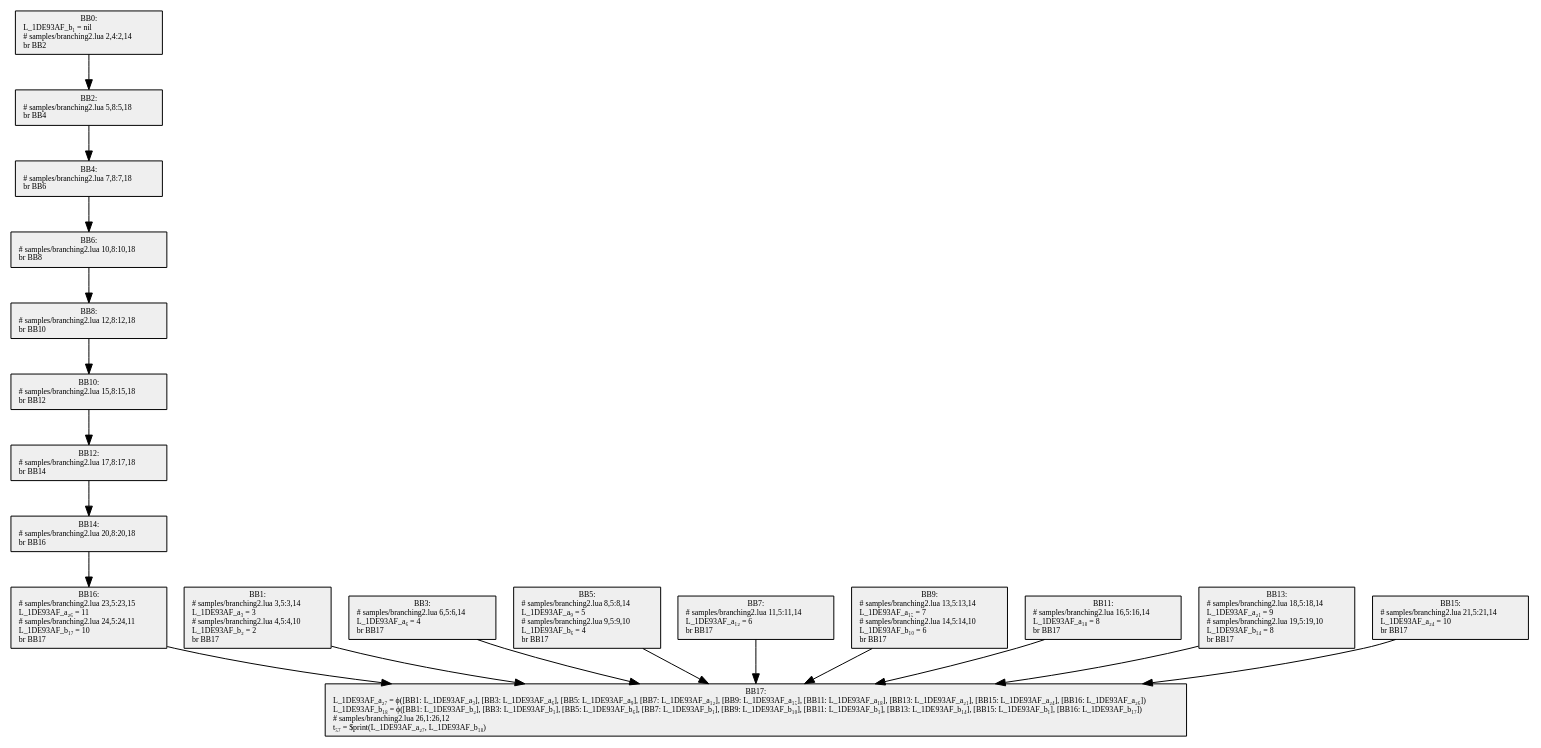
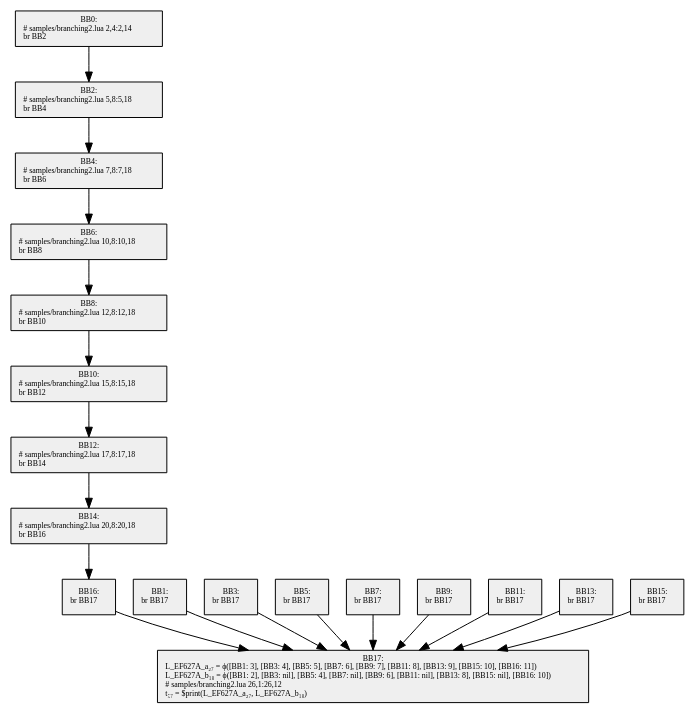
Before and after one commit to GGG-KILLER/SimpleCompiler: the diagram in src/SimpleCompiler.Cli/samples/obj/branching2.3.dot, drawn with Graphviz. The commit also changed 26 other files, not shown here.

```diff
--- a/src/SimpleCompiler.Cli/samples/obj/branching2.3.dot
+++ b/src/SimpleCompiler.Cli/samples/obj/branching2.3.dot
@@ -1,39 +1,39 @@
 digraph {
   node[shape=box style=filled fontsize=8 fontname="Cascadia Code" fillcolor="#efefef"];
-  BB0 [label="BB0:\nL_1DE93AF_b₁ = nil\l# samples/branching2.lua 2,4:2,14\lbr BB2\l"];
-  BB1 [label="BB1:\n# samples/branching2.lua 3,5:3,14\lL_1DE93AF_a₃ = 3\l# samples/branching2.lua 4,5:4,10\lL_1DE93AF_b₂ = 2\lbr BB17\l"];
+  BB0 [label="BB0:\n# samples/branching2.lua 2,4:2,14\lbr BB2\l"];
+  BB1 [label="BB1:\nbr BB17\l"];
   BB2 [label="BB2:\n# samples/branching2.lua 5,8:5,18\lbr BB4\l"];
-  BB3 [label="BB3:\n# samples/branching2.lua 6,5:6,14\lL_1DE93AF_a₆ = 4\lbr BB17\l"];
+  BB3 [label="BB3:\nbr BB17\l"];
   BB4 [label="BB4:\n# samples/branching2.lua 7,8:7,18\lbr BB6\l"];
-  BB5 [label="BB5:\n# samples/branching2.lua 8,5:8,14\lL_1DE93AF_a₉ = 5\l# samples/branching2.lua 9,5:9,10\lL_1DE93AF_b₆ = 4\lbr BB17\l"];
+  BB5 [label="BB5:\nbr BB17\l"];
   BB6 [label="BB6:\n# samples/branching2.lua 10,8:10,18\lbr BB8\l"];
-  BB7 [label="BB7:\n# samples/branching2.lua 11,5:11,14\lL_1DE93AF_a₁₂ = 6\lbr BB17\l"];
+  BB7 [label="BB7:\nbr BB17\l"];
   BB8 [label="BB8:\n# samples/branching2.lua 12,8:12,18\lbr BB10\l"];
-  BB9 [label="BB9:\n# samples/branching2.lua 13,5:13,14\lL_1DE93AF_a₁₅ = 7\l# samples/branching2.lua 14,5:14,10\lL_1DE93AF_b₁₀ = 6\lbr BB17\l"];
+  BB9 [label="BB9:\nbr BB17\l"];
   BB10 [label="BB10:\n# samples/branching2.lua 15,8:15,18\lbr BB12\l"];
-  BB11 [label="BB11:\n# samples/branching2.lua 16,5:16,14\lL_1DE93AF_a₁₈ = 8\lbr BB17\l"];
+  BB11 [label="BB11:\nbr BB17\l"];
   BB12 [label="BB12:\n# samples/branching2.lua 17,8:17,18\lbr BB14\l"];
-  BB13 [label="BB13:\n# samples/branching2.lua 18,5:18,14\lL_1DE93AF_a₂₁ = 9\l# samples/branching2.lua 19,5:19,10\lL_1DE93AF_b₁₄ = 8\lbr BB17\l"];
+  BB13 [label="BB13:\nbr BB17\l"];
   BB14 [label="BB14:\n# samples/branching2.lua 20,8:20,18\lbr BB16\l"];
-  BB15 [label="BB15:\n# samples/branching2.lua 21,5:21,14\lL_1DE93AF_a₂₄ = 10\lbr BB17\l"];
-  BB16 [label="BB16:\n# samples/branching2.lua 23,5:23,15\lL_1DE93AF_a₂₆ = 11\l# samples/branching2.lua 24,5:24,11\lL_1DE93AF_b₁₇ = 10\lbr BB17\l"];
-  BB17 [label="BB17:\nL_1DE93AF_a₂₇ = ϕ([BB1: L_1DE93AF_a₃], [BB3: L_1DE93AF_a₆], [BB5: L_1DE93AF_a₉], [BB7: L_1DE93AF_a₁₂], [BB9: L_1DE93AF_a₁₅], [BB11: L_1DE93AF_a₁₈], [BB13: L_1DE93AF_a₂₁], [BB15: L_1DE93AF_a₂₄], [BB16: L_1DE93AF_a₂₆])\lL_1DE93AF_b₁₈ = ϕ([BB1: L_1DE93AF_b₂], [BB3: L_1DE93AF_b₁], [BB5: L_1DE93AF_b₆], [BB7: L_1DE93AF_b₁], [BB9: L_1DE93AF_b₁₀], [BB11: L_1DE93AF_b₁], [BB13: L_1DE93AF_b₁₄], [BB15: L_1DE93AF_b₁], [BB16: L_1DE93AF_b₁₇])\l# samples/branching2.lua 26,1:26,12\lt₅₇ = $print(L_1DE93AF_a₂₇, L_1DE93AF_b₁₈)\l"];
+  BB15 [label="BB15:\nbr BB17\l"];
+  BB16 [label="BB16:\nbr BB17\l"];
+  BB17 [label="BB17:\nL_EF627A_a₂₇ = ϕ([BB1: 3], [BB3: 4], [BB5: 5], [BB7: 6], [BB9: 7], [BB11: 8], [BB13: 9], [BB15: 10], [BB16: 11])\lL_EF627A_b₁₈ = ϕ([BB1: 2], [BB3: nil], [BB5: 4], [BB7: nil], [BB9: 6], [BB11: nil], [BB13: 8], [BB15: nil], [BB16: 10])\l# samples/branching2.lua 26,1:26,12\lt₅₇ = $print(L_EF627A_a₂₇, L_EF627A_b₁₈)\l"];
 
   BB0 -> BB2;
   BB2 -> BB4;
   BB4 -> BB6;
   BB6 -> BB8;
   BB8 -> BB10;
   BB10 -> BB12;
   BB12 -> BB14;
   BB14 -> BB16;
   BB1 -> BB17;
   BB3 -> BB17;
   BB5 -> BB17;
   BB7 -> BB17;
   BB9 -> BB17;
   BB11 -> BB17;
   BB13 -> BB17;
   BB15 -> BB17;
   BB16 -> BB17;
 }
```
